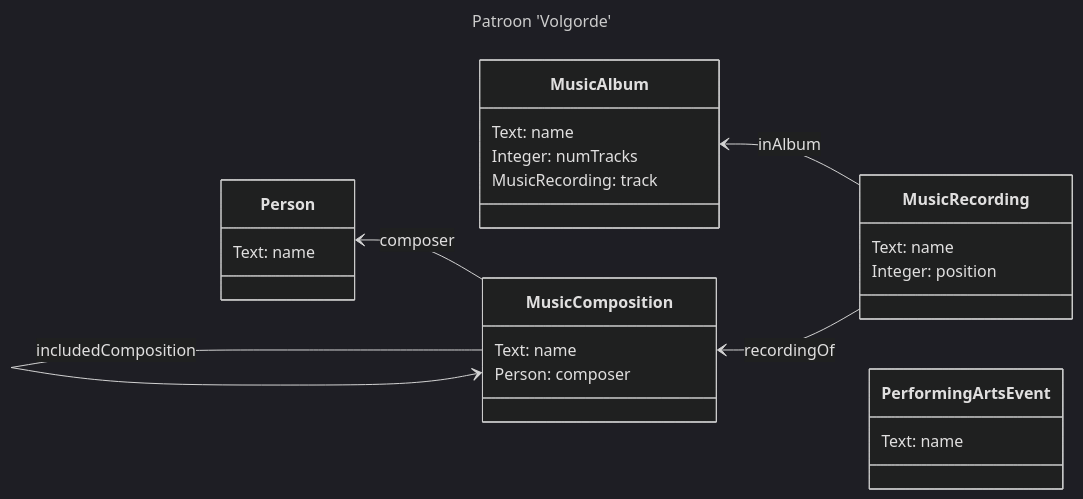
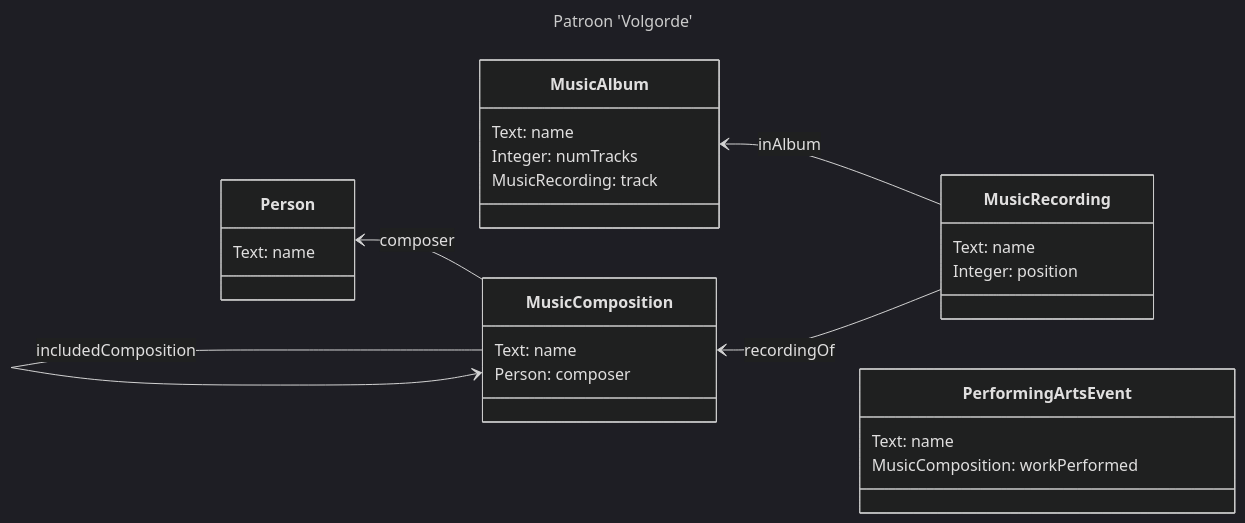
The first of 2 diagrams in patronen/Volgorde.md (PodiumkunstNet/semantischlandschap), drawn with Mermaid (dark theme) before and after one commit. The commit also changed other lines of this file, not shown here.

````diff
--- a/patronen/Volgorde.md
+++ b/patronen/Volgorde.md
@@ -7,33 +7,34 @@
 ```mermaid
 ---
 title: Patroon 'Volgorde'
 config:
  class:
   hideEmptyMembersBox: true
 ---
 classDiagram
 	direction RL
     MusicRecording --> MusicAlbum: inAlbum
     MusicRecording --> MusicComposition: recordingOf
     MusicComposition --> MusicComposition: includedComposition
     MusicComposition --> Person: composer
 class MusicAlbum{
     Text: name
     Integer: numTracks
     MusicRecording: track
 }
 class MusicRecording{
     Text: name
     Integer: position
 }
 class MusicComposition{
     Text: name
     Person: composer
 }
 class Person{
     Text: name
 }
 class PerformingArtsEvent{
     Text: name
+    MusicComposition: workPerformed
 }
 ```
````
